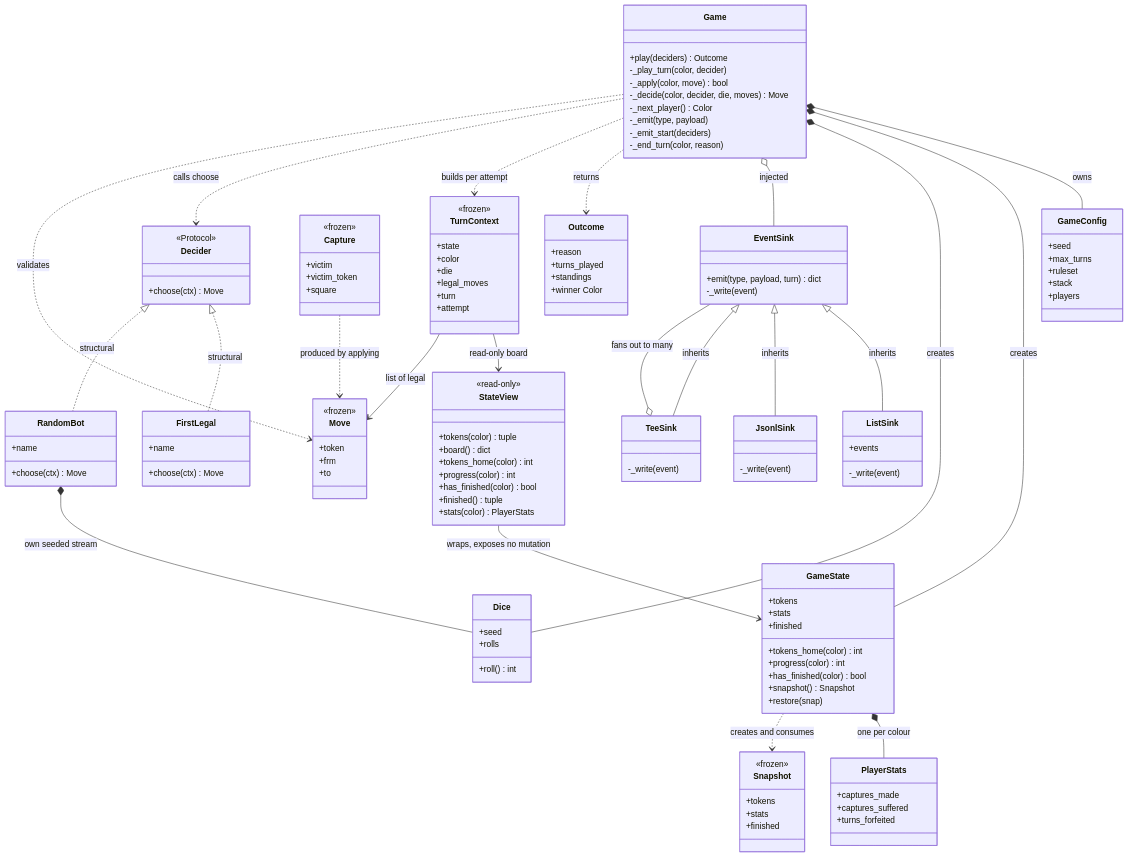
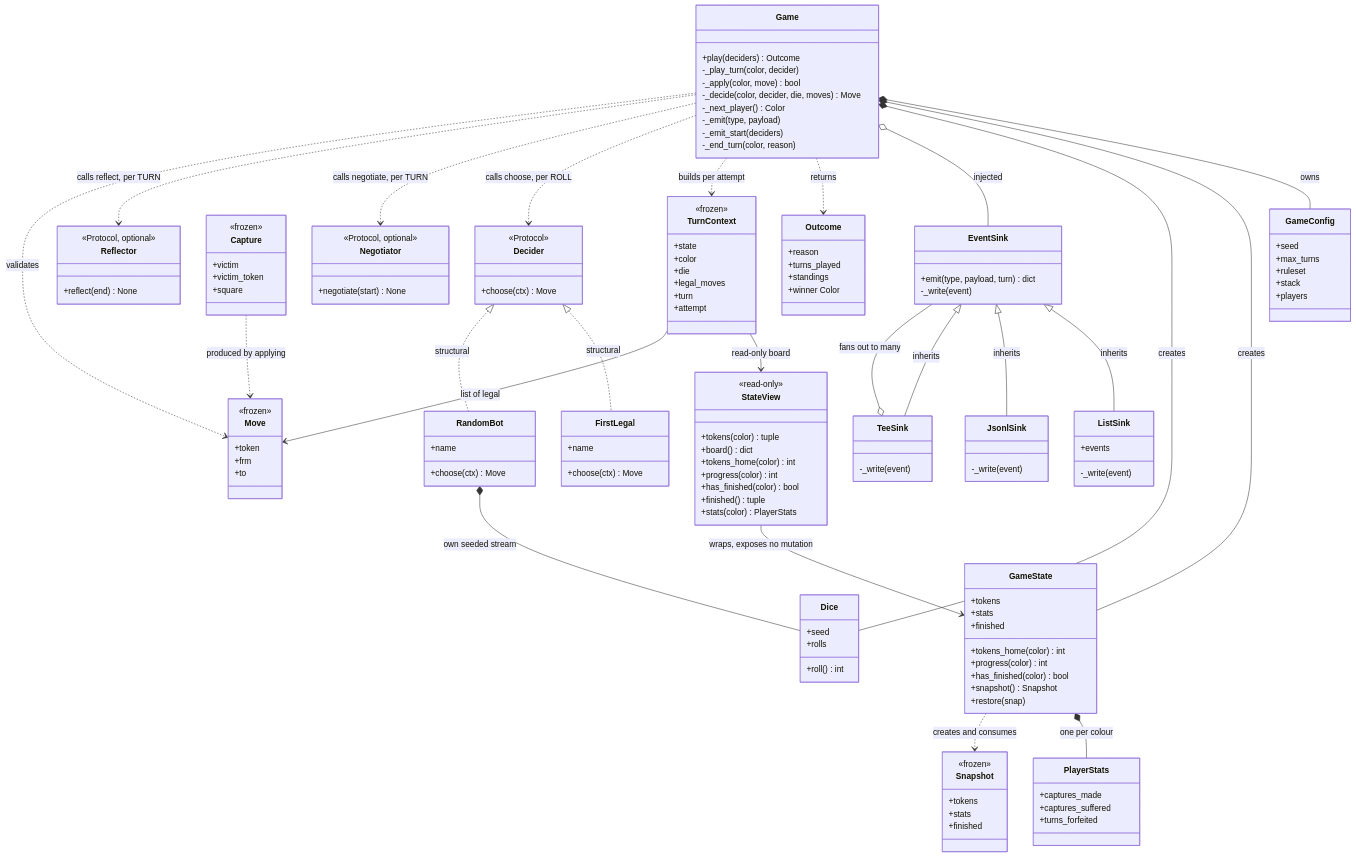
One commit to itamittech/llmeval changed the first of 14 diagrams in docs/projects/ludo/class-design.md. Above: the diagram before and after it, drawn with Mermaid. The commit also changed other lines of this file and 9 other files, not shown here.

```diff
--- a/docs/projects/ludo/class-design.md
+++ b/docs/projects/ludo/class-design.md
@@ -114,6 +114,16 @@
         +choose(ctx) Move
     }
 
+    class Negotiator {
+        <<Protocol, optional>>
+        +negotiate(start) None
+    }
+
+    class Reflector {
+        <<Protocol, optional>>
+        +reflect(end) None
+    }
+
     class FirstLegal {
         +name
         +choose(ctx) Move
@@ -148,7 +158,9 @@
     Game o-- EventSink : injected
     Game ..> Outcome : returns
     Game ..> TurnContext : builds per attempt
-    Game ..> Decider : calls choose
+    Game ..> Decider : calls choose, per ROLL
+    Game ..> Negotiator : calls negotiate, per TURN
+    Game ..> Reflector : calls reflect, per TURN
     Game ..> Move : validates
 
     GameState *-- PlayerStats : one per colour
```
